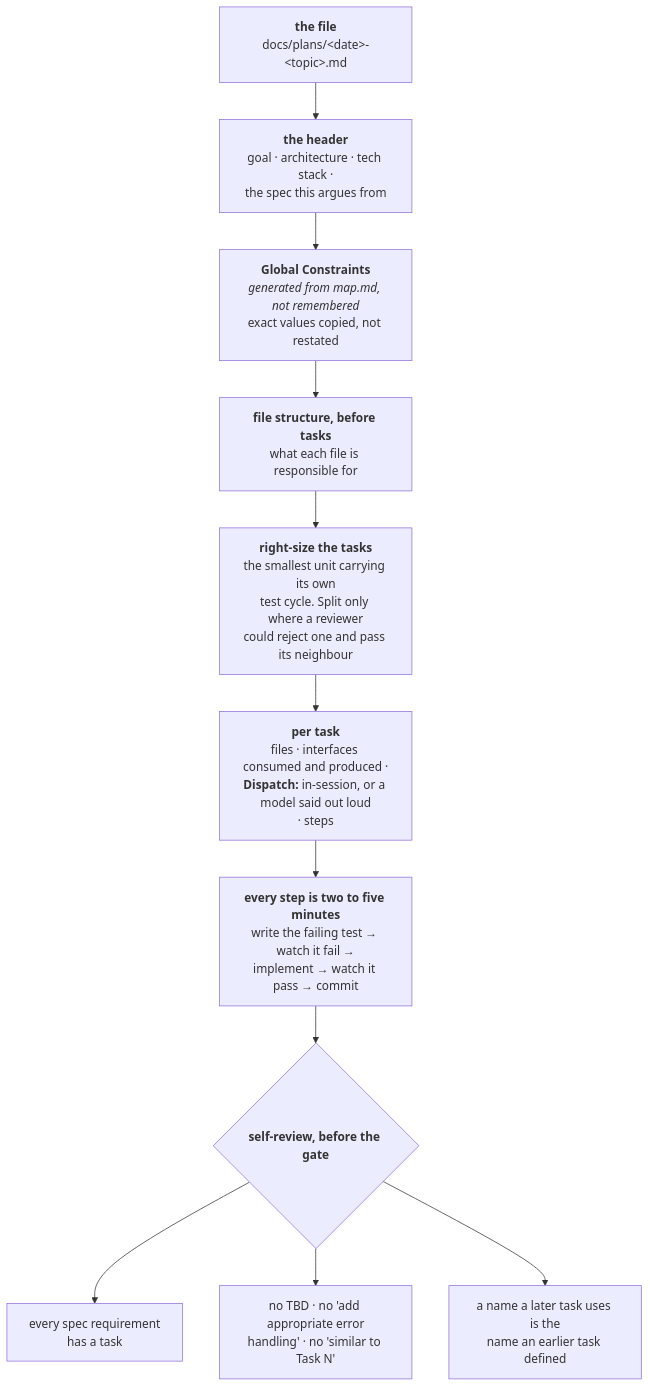
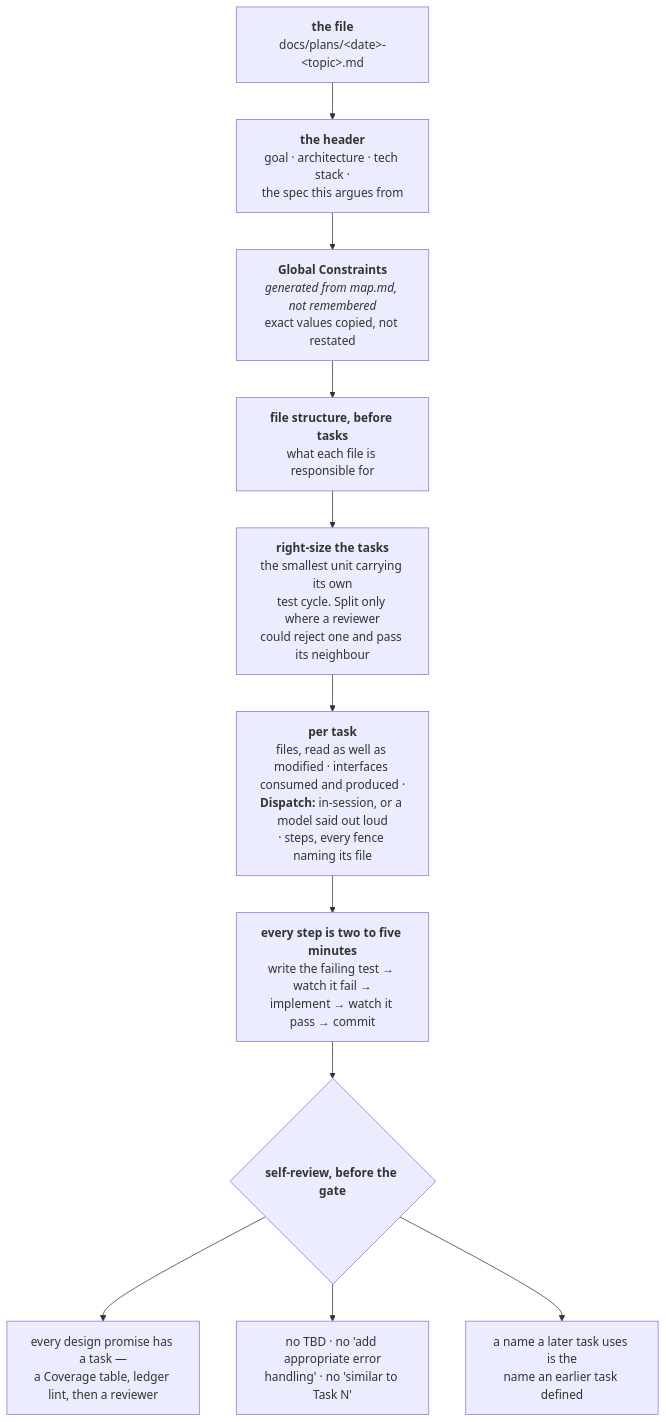
One commit to FanFantom9452/FanKeel changed the third of 8 diagrams in docs/pipeline.md. Above: the diagram before and after it, drawn with Mermaid. The commit also changed other lines of this file and 3 other files, not shown here.

````diff
--- a/docs/pipeline.md
+++ b/docs/pipeline.md
@@ -428,19 +428,19 @@
 ```mermaid
 flowchart TD
     A["<b>the file</b><br/>docs/plans/&lt;date&gt;-&lt;topic&gt;.md"]
     B["<b>the header</b><br/>goal · architecture · tech stack ·<br/>the spec this argues from"]
     C["<b>Global Constraints</b><br/><i>generated from map.md, not remembered</i><br/>exact values copied, not restated"]
     D["<b>file structure, before tasks</b><br/>what each file is responsible for"]
     E["<b>right-size the tasks</b><br/>the smallest unit carrying its own<br/>test cycle. Split only where a reviewer<br/>could reject one and pass its neighbour"]
-    F["<b>per task</b><br/>files · interfaces consumed and produced ·<br/><b>Dispatch:</b> in-session, or a model said out loud<br/>· steps"]
+    F["<b>per task</b><br/>files, read as well as modified · interfaces consumed and produced ·<br/><b>Dispatch:</b> in-session, or a model said out loud<br/>· steps, every fence naming its file"]
     G["<b>every step is two to five minutes</b><br/>write the failing test → watch it fail →<br/>implement → watch it pass → commit"]
     H{"<b>self-review, before the gate</b>"}
-    H1["every spec requirement<br/>has a task"]
+    H1["every design promise has a task —<br/>a Coverage table, ledger lint, then a reviewer"]
     H2["no TBD · no 'add appropriate error<br/>handling' · no 'similar to Task N'"]
     H3["a name a later task uses is the<br/>name an earlier task defined"]
 
     A --> B --> C --> D --> E --> F --> G --> H
     H --> H1
     H --> H2
     H --> H3
 ```
````
